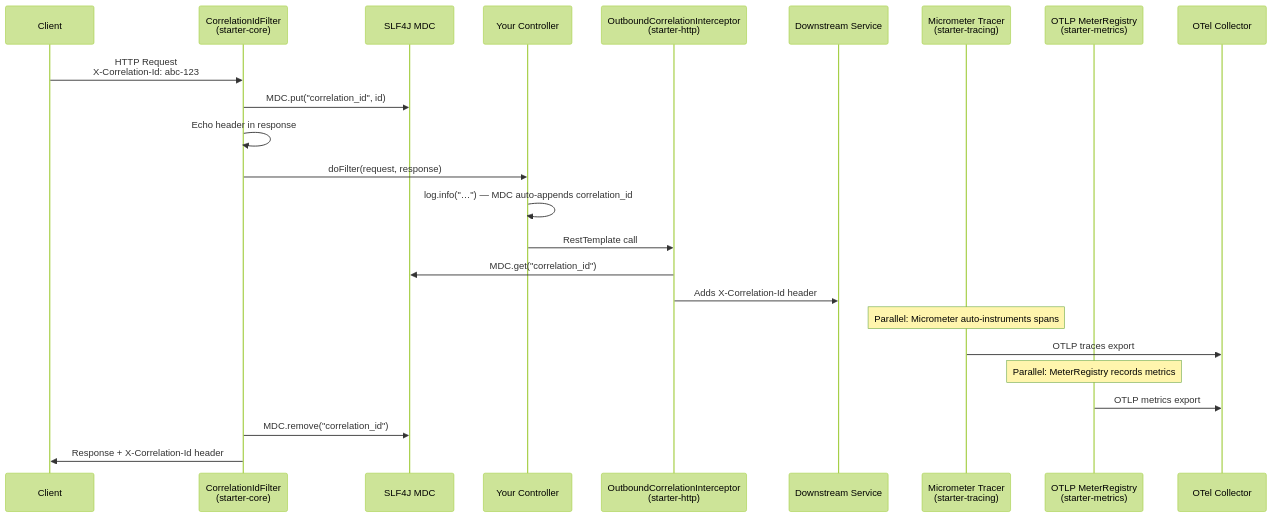
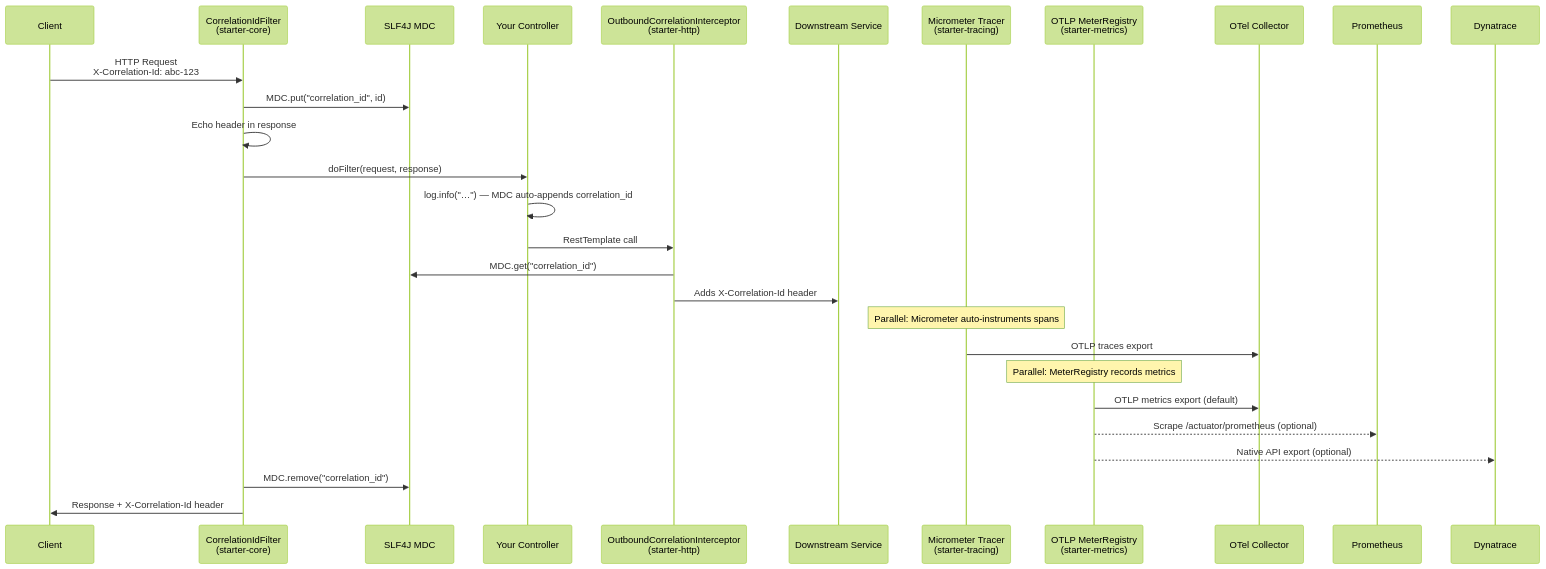
The third of 6 diagrams in architecture.md (sanoopbhaskerv/observability-platform), drawn with Mermaid (forest theme) before and after one commit. The commit also changed other lines of this file and 16 other files, not shown here.

````diff
--- a/architecture.md
+++ b/architecture.md
@@ -91,31 +91,33 @@
 ```mermaid
 sequenceDiagram
     participant Client
     participant Filter as CorrelationIdFilter<br/>(starter-core)
     participant MDC as SLF4J MDC
     participant Controller as Your Controller
     participant Interceptor as OutboundCorrelationInterceptor<br/>(starter-http)
     participant Downstream as Downstream Service
     participant Tracing as Micrometer Tracer<br/>(starter-tracing)
     participant Metrics as OTLP MeterRegistry<br/>(starter-metrics)
     participant Collector as OTel Collector
 
     Client->>Filter: HTTP Request<br/>X-Correlation-Id: abc-123
     Filter->>MDC: MDC.put("correlation_id", id)
     Filter->>Filter: Echo header in response
     Filter->>Controller: doFilter(request, response)
     Controller->>Controller: log.info("…") — MDC auto-appends correlation_id
     
     Controller->>Interceptor: RestTemplate call
     Interceptor->>MDC: MDC.get("correlation_id")
     Interceptor->>Downstream: Adds X-Correlation-Id header
     
     Note over Tracing: Parallel: Micrometer auto-instruments spans
     Tracing->>Collector: OTLP traces export
 
     Note over Metrics: Parallel: MeterRegistry records metrics
-    Metrics->>Collector: OTLP metrics export
+    Metrics->>Collector: OTLP metrics export (default)
+    Metrics-->>Prometheus: Scrape /actuator/prometheus (optional)
+    Metrics-->>Dynatrace: Native API export (optional)
 
     Filter->>MDC: MDC.remove("correlation_id")
     Filter->>Client: Response + X-Correlation-Id header
 ```
````
